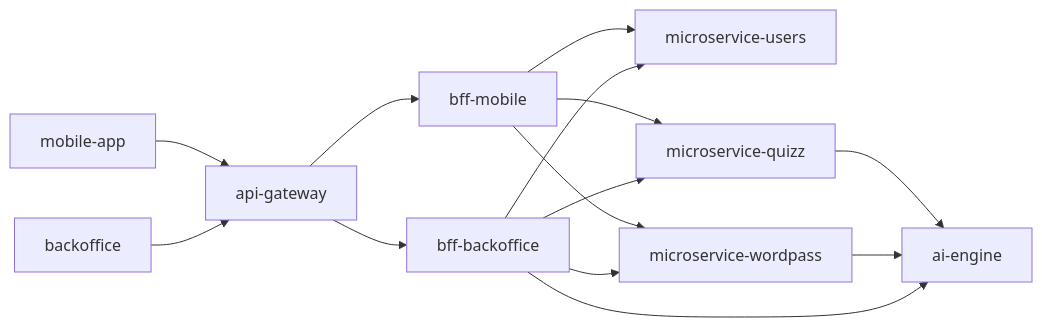
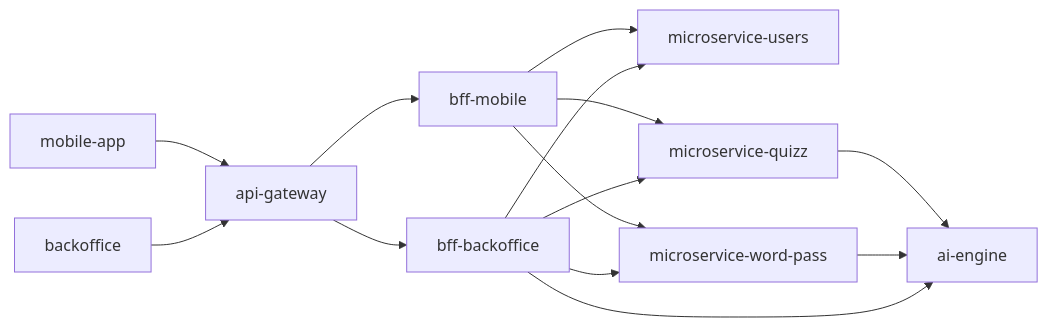
One commit to AxiomNode/.github changed the diagram in profile/README.md. Above: the diagram before and after it, drawn with Mermaid. The commit also changed other lines of this file and 2 other files, not shown here.

````diff
--- a/profile/README.md
+++ b/profile/README.md
@@ -17,16 +7,16 @@
 ```mermaid
 flowchart LR
 	Mobile[mobile-app] --> Gateway[api-gateway]
 	Backoffice[backoffice] --> Gateway
 	Gateway --> BffMobile[bff-mobile]
 	Gateway --> BffBackoffice[bff-backoffice]
 	BffMobile --> Users[microservice-users]
 	BffMobile --> Quiz[microservice-quizz]
-	BffMobile --> Wordpass[microservice-wordpass]
+	BffMobile --> Wordpass[microservice-word-pass]
 	BffBackoffice --> Users
 	BffBackoffice --> Quiz
 	BffBackoffice --> Wordpass
 	Quiz --> AI[ai-engine]
 	Wordpass --> AI
 	BffBackoffice --> AI
 ```
````
